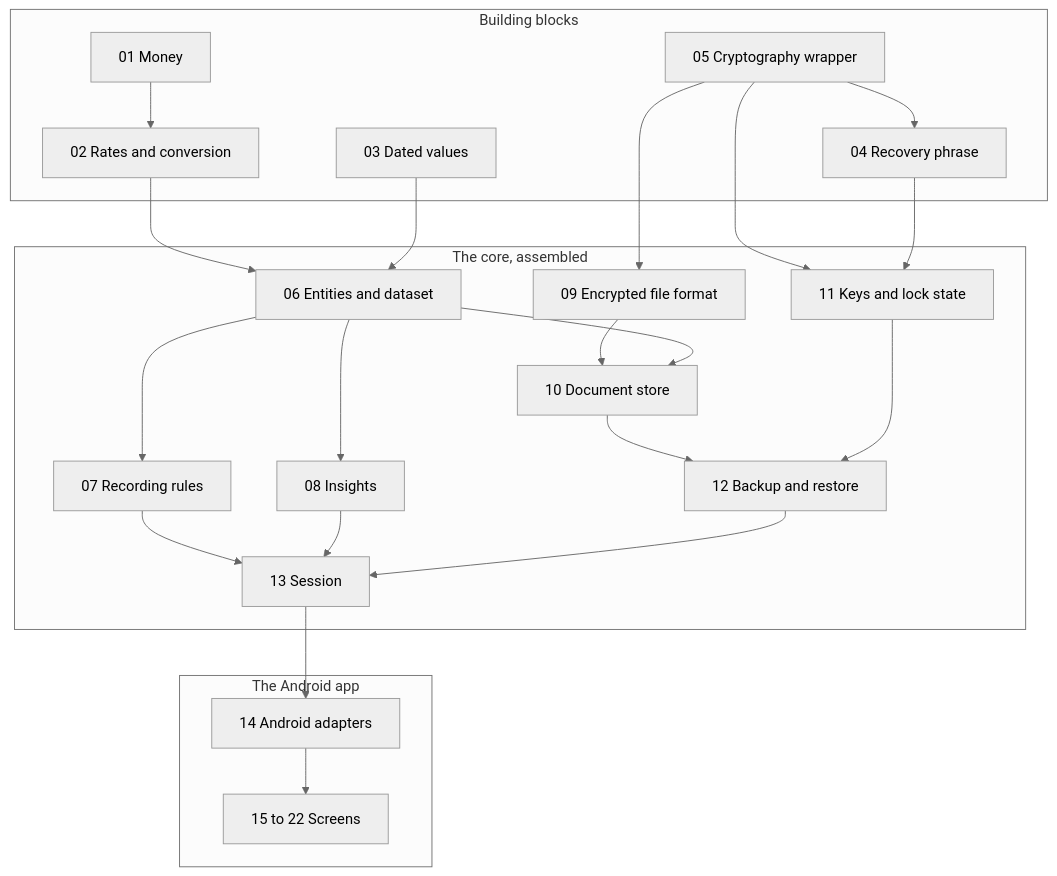
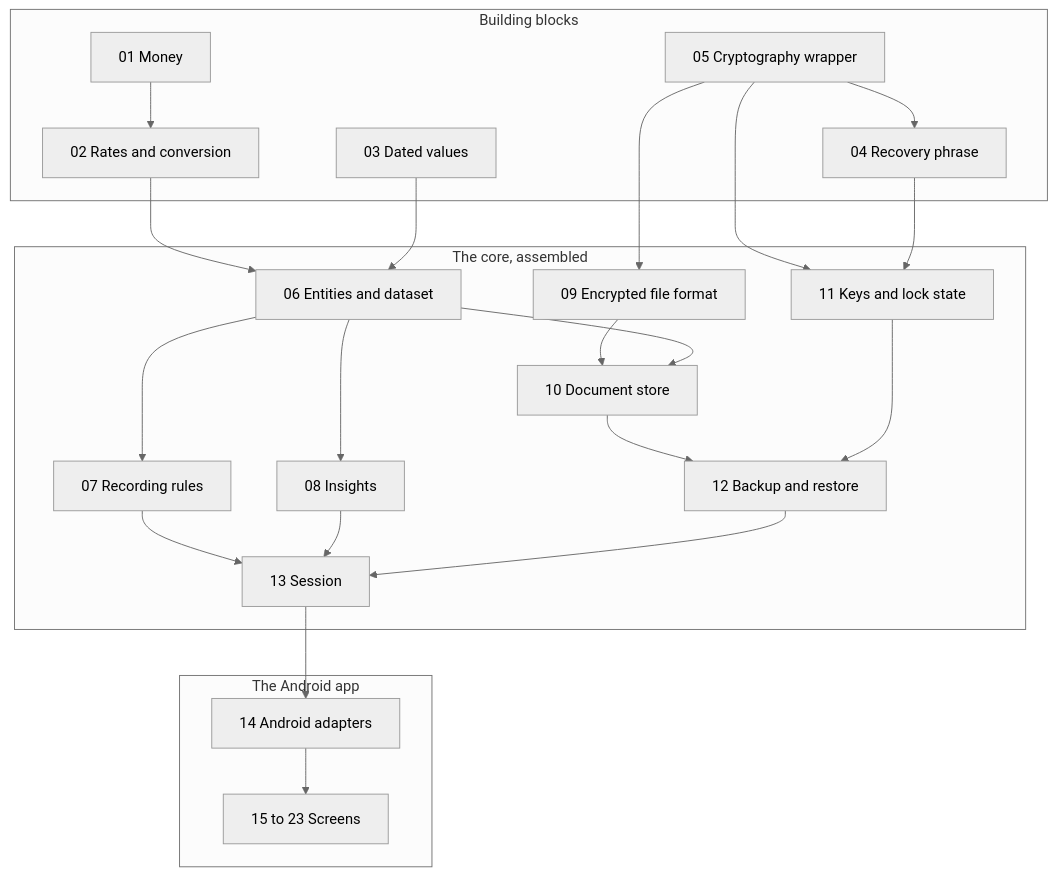
The diagram in docs/implementation-plan.md (arpit92k/Fortuna), drawn with Mermaid (neutral theme) before and after one commit. The commit also changed other lines of this file and 5 other files, not shown here.

````diff
--- a/docs/implementation-plan.md
+++ b/docs/implementation-plan.md
@@ -56,43 +57,43 @@
 ```mermaid
 flowchart TB
     subgraph blocks["Building blocks"]
         money["01 Money"]
         rates["02 Rates and conversion"]
         dated["03 Dated values"]
         phrase["04 Recovery phrase"]
         crypto["05 Cryptography wrapper"]
     end
     subgraph core["The core, assembled"]
         entities["06 Entities and dataset"]
         rules["07 Recording rules"]
         insights["08 Insights"]
         format["09 Encrypted file format"]
         store["10 Document store"]
         keys["11 Keys and lock state"]
         backup["12 Backup and restore"]
         session["13 Session"]
     end
     subgraph app["The Android app"]
         adapters["14 Android adapters"]
-        screens["15 to 22 Screens"]
+        screens["15 to 23 Screens"]
     end
 
     money --> rates
     rates --> entities
     dated --> entities
     entities --> rules
     entities --> insights
     crypto --> phrase
     crypto --> format
     format --> store
     entities --> store
     crypto --> keys
     phrase --> keys
     store --> backup
     keys --> backup
     rules --> session
     insights --> session
     backup --> session
     session --> adapters
     adapters --> screens
 ```
````
